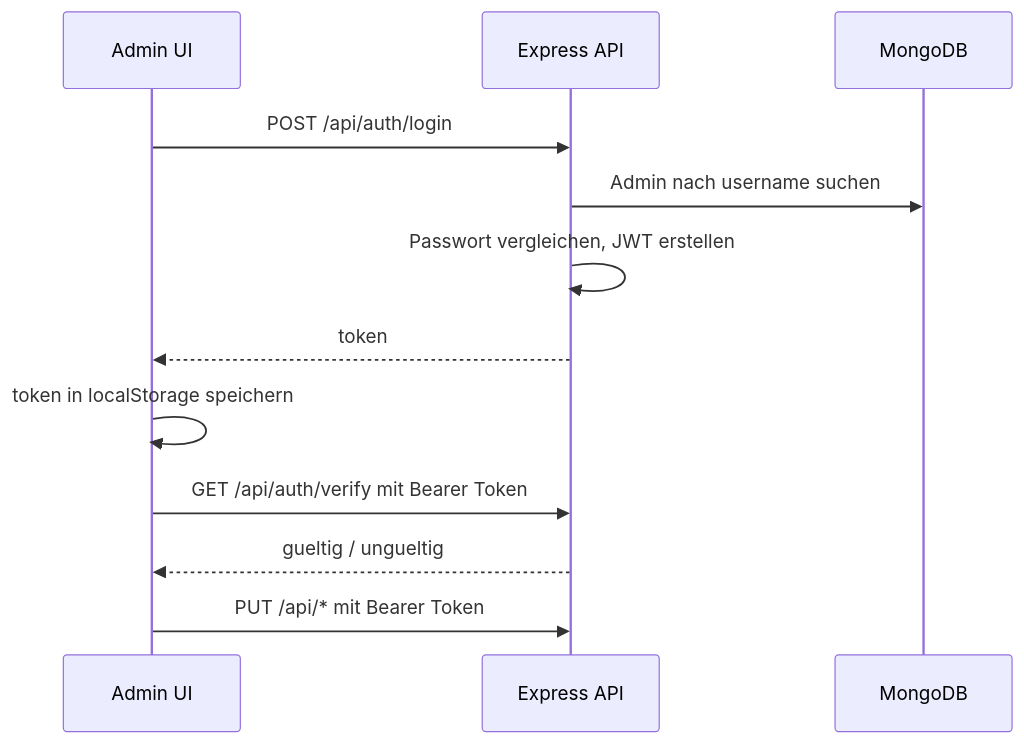
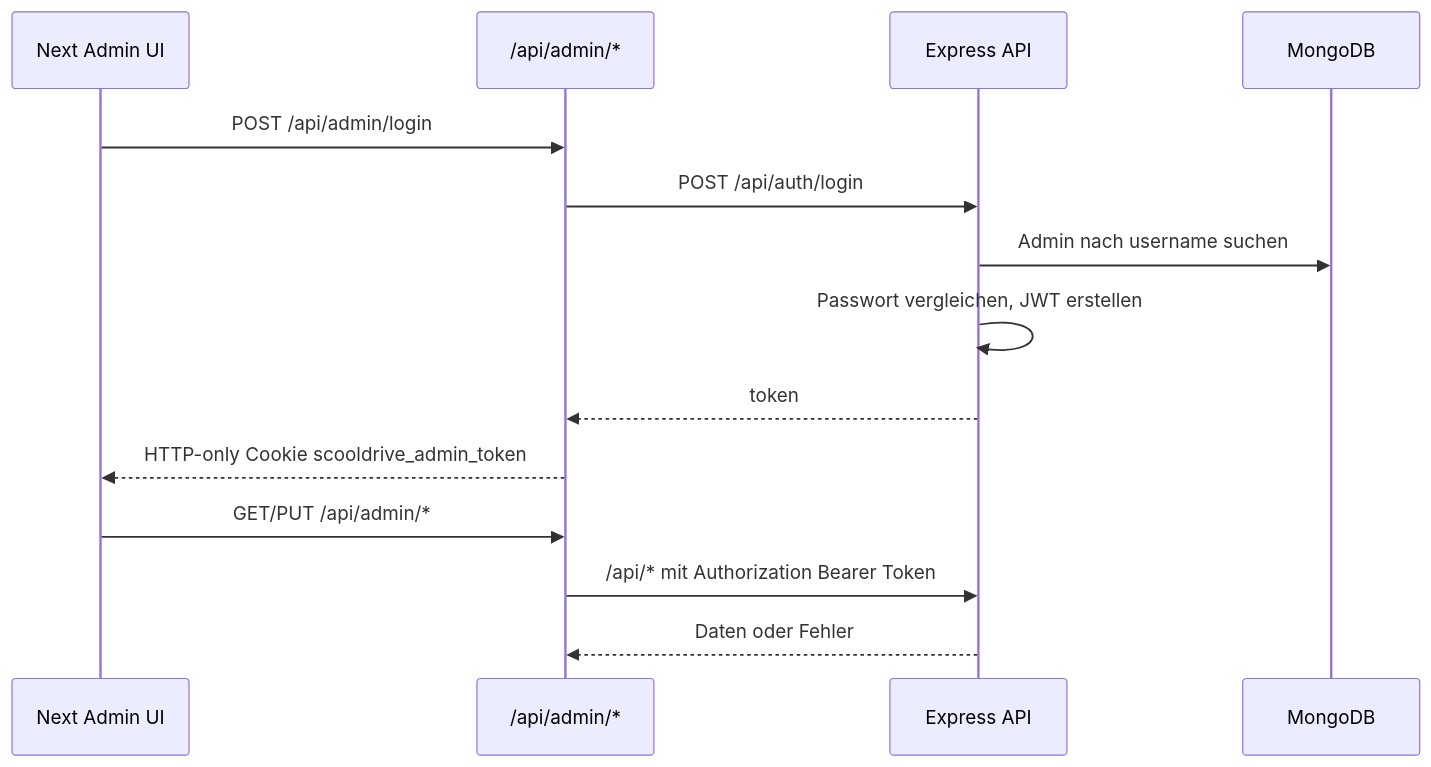
One commit to BasharOc/scooldrive changed the diagram in docs/07-admin-auth-security.md. Above: the diagram before and after it, drawn with Mermaid. The commit also changed other lines of this file and 13 other files, not shown here.

````diff
--- a/docs/07-admin-auth-security.md
+++ b/docs/07-admin-auth-security.md
@@ -5,14 +5,16 @@
 ```mermaid
 sequenceDiagram
-  participant Admin as Admin UI
-  participant API as Express API
+  participant Admin as Next Admin UI
+  participant NextAPI as /api/admin/*
+  participant Express as Express API
   participant DB as MongoDB
-  Admin->>API: POST /api/auth/login
-  API->>DB: Admin nach username suchen
-  API->>API: Passwort vergleichen, JWT erstellen
-  API-->>Admin: token
-  Admin->>Admin: token in localStorage speichern
-  Admin->>API: GET /api/auth/verify mit Bearer Token
-  API-->>Admin: gueltig / ungueltig
-  Admin->>API: PUT /api/* mit Bearer Token
+  Admin->>NextAPI: POST /api/admin/login
+  NextAPI->>Express: POST /api/auth/login
+  Express->>DB: Admin nach username suchen
+  Express->>Express: Passwort vergleichen, JWT erstellen
+  Express-->>NextAPI: token
+  NextAPI-->>Admin: HTTP-only Cookie scooldrive_admin_token
+  Admin->>NextAPI: GET/PUT /api/admin/*
+  NextAPI->>Express: /api/* mit Authorization Bearer Token
+  Express-->>NextAPI: Daten oder Fehler
 ```
````
